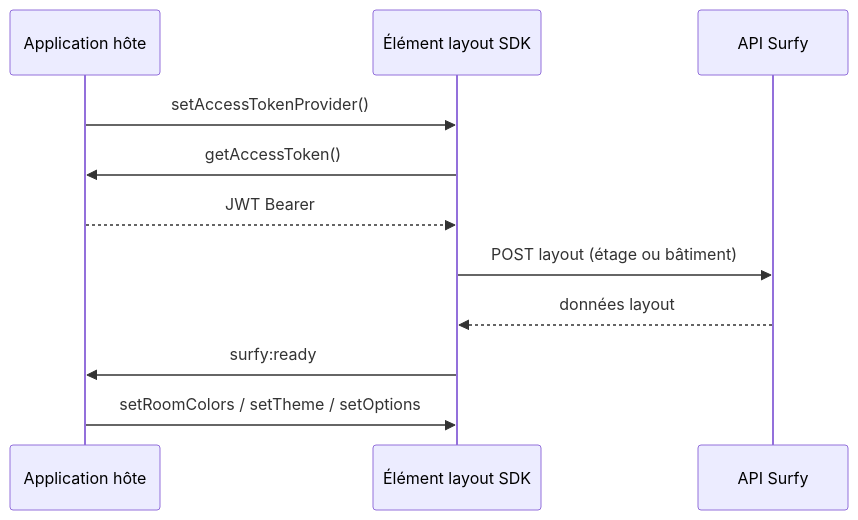
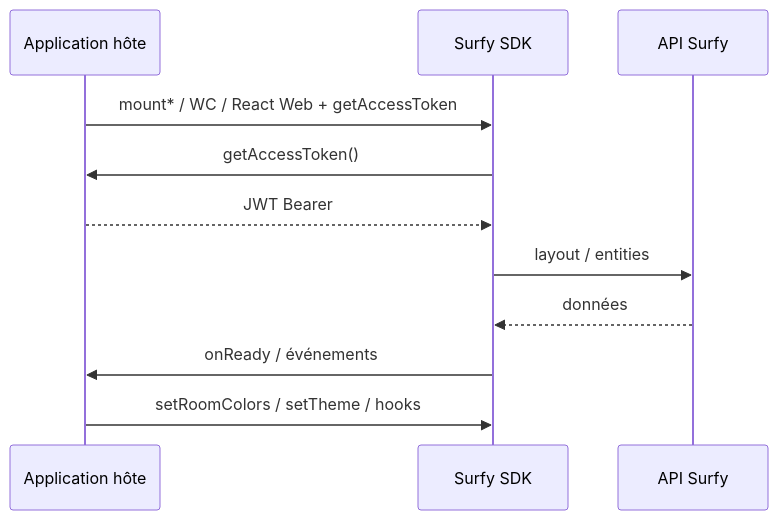
The diagram in entities/sdk/index.md (surfypro/surfy-help), drawn with Mermaid before and after one commit. The commit also changed other lines of this file and 15 other files, not shown here.

First line of the commit message:
docs(sdk): deliver Surfy SDK integrator help for #389

````diff
--- a/entities/sdk/index.md
+++ b/entities/sdk/index.md
@@ -46,14 +57,14 @@
 ```mermaid
 sequenceDiagram
   participant App as Application hôte
-  participant SDK as Élément layout SDK
+  participant SDK as Surfy SDK
   participant API as API Surfy
 
-  App->>SDK: setAccessTokenProvider()
+  App->>SDK: mount* / WC / React Web + getAccessToken
   SDK->>App: getAccessToken()
   App-->>SDK: JWT Bearer
-  SDK->>API: POST layout (étage ou bâtiment)
-  API-->>SDK: données layout
-  SDK->>App: surfy:ready
-  App->>SDK: setRoomColors / setTheme / setOptions
+  SDK->>API: layout / entities
+  API-->>SDK: données
+  SDK->>App: onReady / événements
+  App->>SDK: setRoomColors / setTheme / hooks
 ```
````
